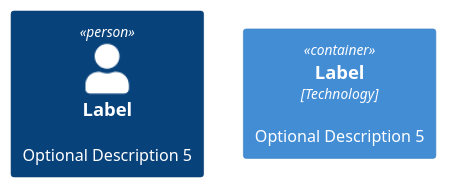
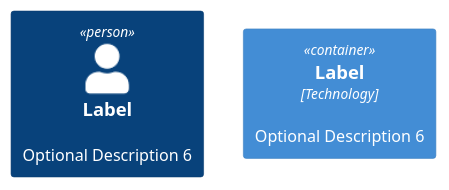
The diagram in diagrams/maze.puml (budgiedownunder/maze), drawn with PlantUML before and after one commit. The commit also changed 1 other file, not shown here.

```diff
--- a/diagrams/maze.puml
+++ b/diagrams/maze.puml
@@ -1,7 +1,7 @@
 @startuml
 
 !include https://raw.githubusercontent.com/plantuml-stdlib/C4-PlantUML/master/C4_Container.puml
 
-Person(personAlias, "Label", "Optional Description 5")
-Container(containerAlias, "Label", "Technology", "Optional Description 5")
+Person(personAlias, "Label", "Optional Description 6")
+Container(containerAlias, "Label", "Technology", "Optional Description 6")
 @enduml
```
